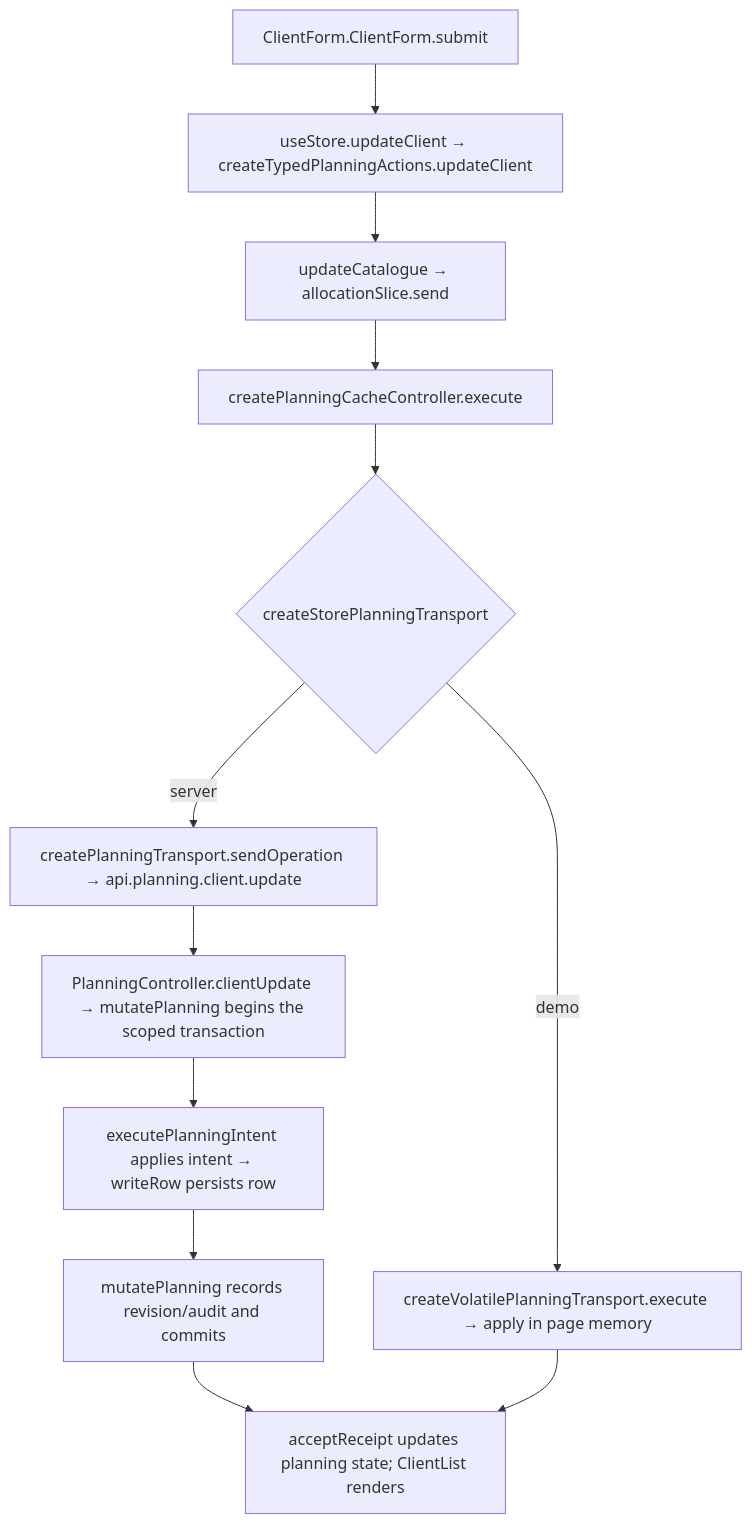
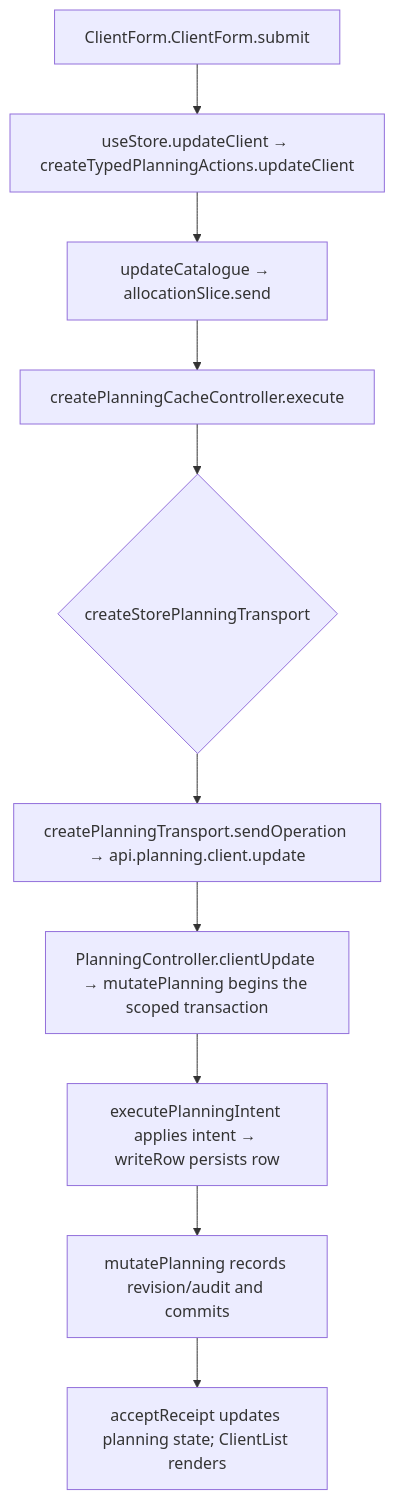
The second of 2 diagrams in user-stories/clients/US-CLI-02-edit-client.md (Kevinjohn/capacitylens), drawn with Mermaid before and after one commit. The commit also changed other lines of this file and 343 other files, not shown here.

Commit message:
feat: use server-owned company planning and a disposable development demo

````diff
--- a/user-stories/clients/US-CLI-02-edit-client.md
+++ b/user-stories/clients/US-CLI-02-edit-client.md
@@ -36,9 +36,8 @@
 ```mermaid
 flowchart TD
   A["ClientForm.ClientForm.submit"] --> B["useStore.updateClient → createTypedPlanningActions.updateClient"]
   B --> C["updateCatalogue → allocationSlice.send"]
   C --> D["createPlanningCacheController.execute"] --> E{"createStorePlanningTransport"}
-  E -->|server| F["createPlanningTransport.sendOperation → api.planning.client.update"] --> G["PlanningController.clientUpdate → mutatePlanning begins the scoped transaction"]
+  E --> F["createPlanningTransport.sendOperation → api.planning.client.update"] --> G["PlanningController.clientUpdate → mutatePlanning begins the scoped transaction"]
   G --> H["executePlanningIntent applies intent → writeRow persists row"] --> K["mutatePlanning records revision/audit and commits"] --> J["acceptReceipt updates planning state; ClientList renders"]
-  E -->|demo| I["createVolatilePlanningTransport.execute → apply in page memory"] --> J
 ```
````
